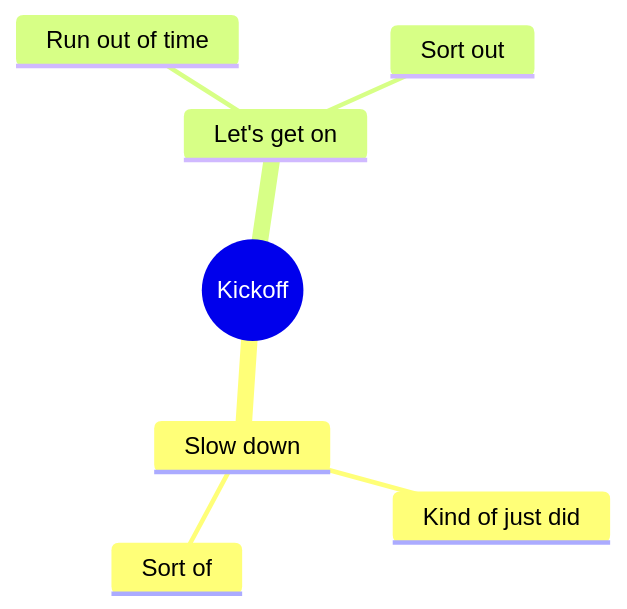
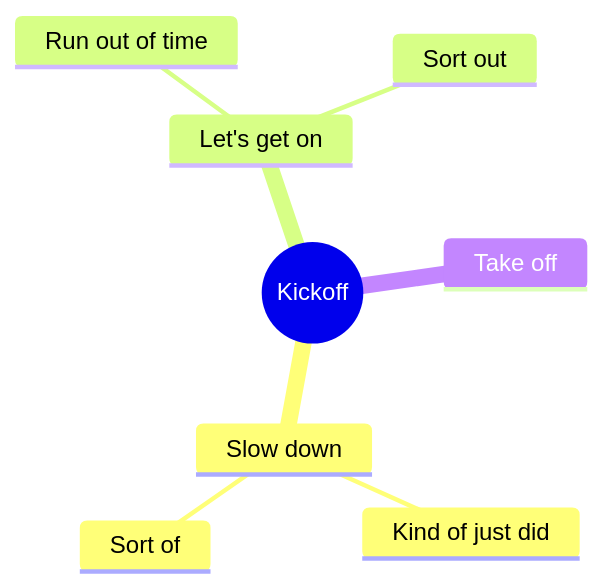
The diagram in kick-off.md (AndreMaria/english-2026), drawn with Mermaid before and after one commit. The commit also changed 12 other files, not shown here.

````diff
--- a/kick-off.md
+++ b/kick-off.md
@@ -9,10 +9,11 @@
 ``` mermaid
 mindmap
   root((Kickoff))
       Slow down
         Kind of just did
         Sort of
       Let's get on
         Run out of time
         Sort out
+      Take off
 ```
````
